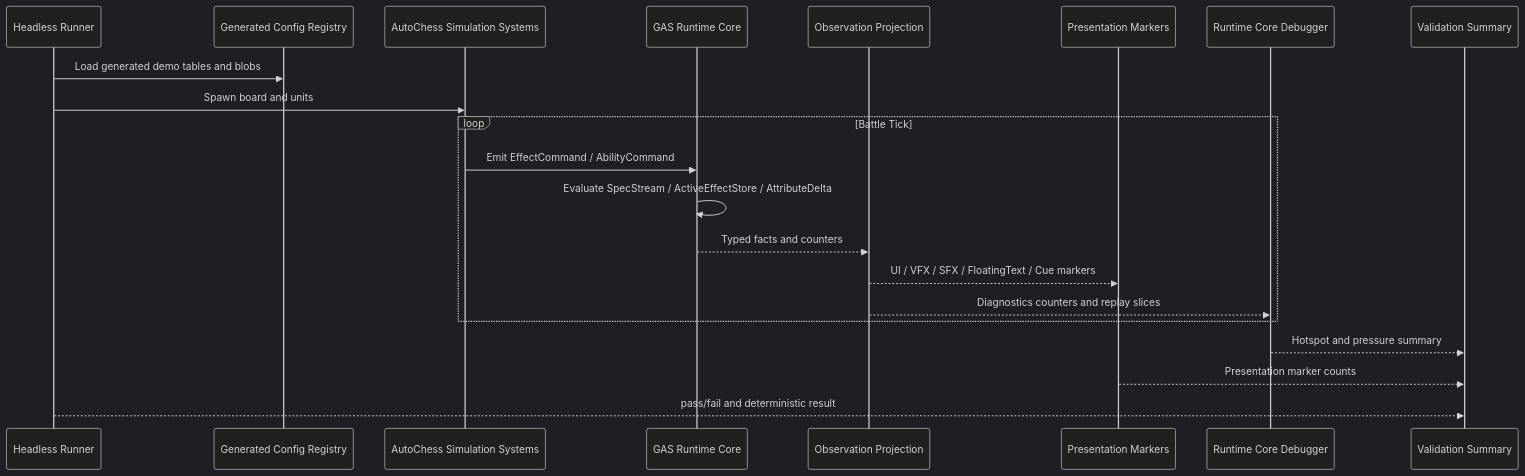
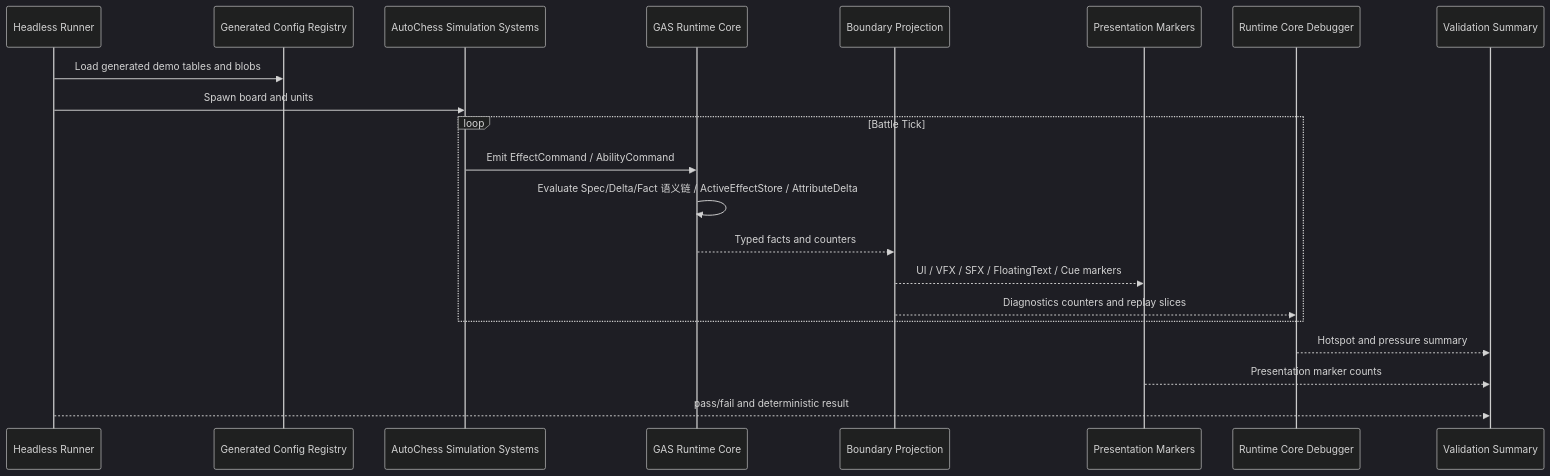
The second of 3 diagrams in 方案讨论/针对2.0的ECS架构的迭代方案讨论/01-目标态架构共识/10-AutoChess无头验收Spec.md (Bo-ki/gameplay-ability-system-for-unity), drawn with Mermaid (dark theme) before and after one commit. The commit also changed other lines of this file and 455 other files, not shown here.

````diff
--- a/方案讨论/针对2.0的ECS架构的迭代方案讨论/01-目标态架构共识/10-AutoChess无头验收Spec.md
+++ b/方案讨论/针对2.0的ECS架构的迭代方案讨论/01-目标态架构共识/10-AutoChess无头验收Spec.md
@@ -321,24 +321,24 @@
 ```mermaid
 sequenceDiagram
     participant Runner as Headless Runner
     participant Config as Generated Config Registry
     participant Sim as AutoChess Simulation Systems
     participant GAS as GAS Runtime Core
-    participant Obs as Observation Projection
+    participant Obs as Boundary Projection
     participant Pres as Presentation Markers
     participant Debug as Runtime Core Debugger
     participant Report as Validation Summary
 
     Runner->>Config: Load generated demo tables and blobs
     Runner->>Sim: Spawn board and units
     loop Battle Tick
         Sim->>GAS: Emit EffectCommand / AbilityCommand
-        GAS->>GAS: Evaluate SpecStream / ActiveEffectStore / AttributeDelta
+        GAS->>GAS: Evaluate Spec/Delta/Fact 语义链 / ActiveEffectStore / AttributeDelta
         GAS-->>Obs: Typed facts and counters
         Obs-->>Pres: UI / VFX / SFX / FloatingText / Cue markers
         Obs-->>Debug: Diagnostics counters and replay slices
     end
     Debug-->>Report: Hotspot and pressure summary
     Pres-->>Report: Presentation marker counts
     Runner-->>Report: pass/fail and deterministic result
 ```
````
